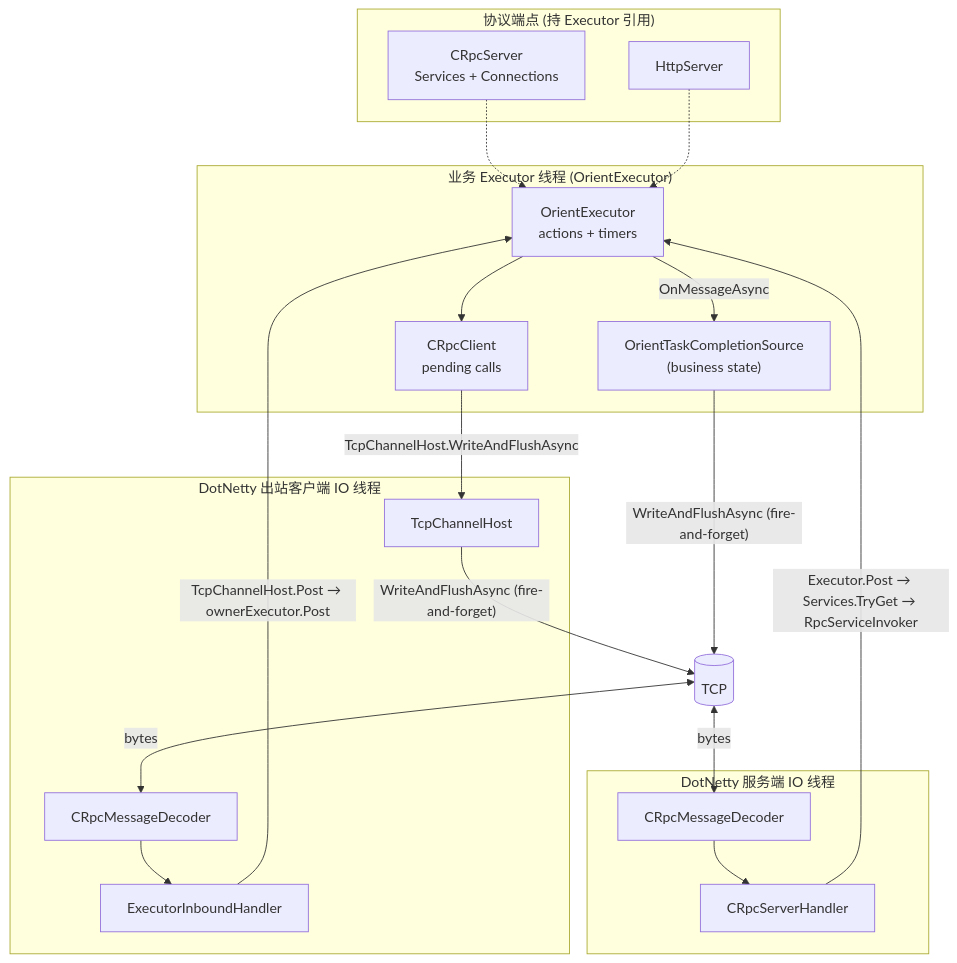
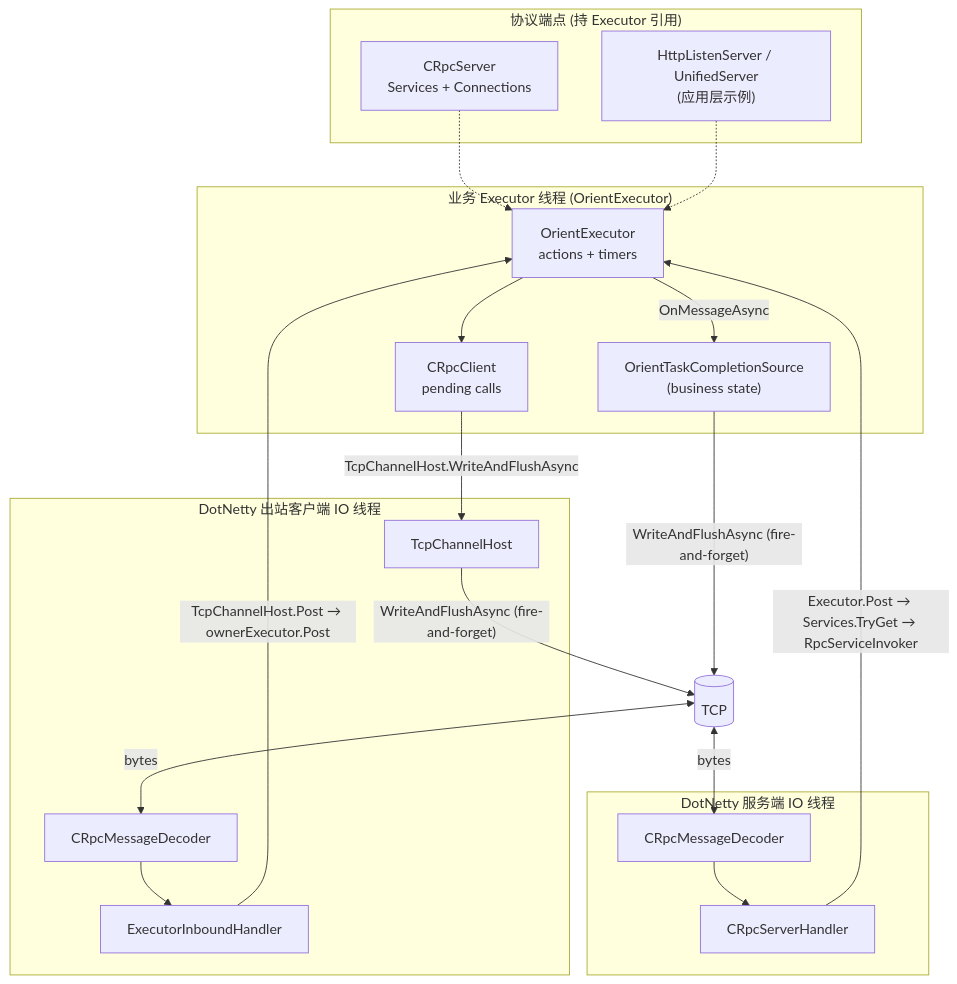
Before and after one commit to orientye/orientdotnet: the first of 5 diagrams in Doc/architecture.md, drawn with Mermaid. The commit also changed other lines of this file and 2 other files, not shown here.

````diff
--- a/Doc/architecture.md
+++ b/Doc/architecture.md
@@ -138,39 +138,39 @@
 ```mermaid
 flowchart TB
     subgraph BusinessExecutorThread["业务 Executor 线程 (OrientExecutor)"]
         Exec["OrientExecutor<br/>actions + timers"]
         Client["CRpcClient<br/>pending calls"]
         TCS["OrientTaskCompletionSource<br/>(business state)"]
     end
 
     subgraph Endpoints["协议端点 (持 Executor 引用)"]
         CrpcSrv["CRpcServer<br/>Services + Connections"]
-        HttpSrv["HttpServer"]
+        HttpSrv["HttpListenServer / UnifiedServer<br/>(应用层示例)"]
     end
 
     subgraph NettyServer["DotNetty 服务端 IO 线程"]
         SH[CRpcServerHandler]
         DecS[CRpcMessageDecoder]
     end
 
     subgraph NettyClient["DotNetty 出站客户端 IO 线程"]
         Host[TcpChannelHost]
         LIH[ExecutorInboundHandler]
         DecC[CRpcMessageDecoder]
     end
 
     Net[(TCP)]
 
     CrpcSrv -.-> Exec
     HttpSrv -.-> Exec
     Net <-- bytes --> DecS --> SH
     SH -- "Executor.Post → Services.TryGet → RpcServiceInvoker" --> Exec
     Exec -- "OnMessageAsync" --> TCS
     TCS -- "WriteAndFlushAsync (fire-and-forget)" --> Net
 
     Net <-- bytes --> DecC --> LIH
     LIH -- "TcpChannelHost.Post → ownerExecutor.Post" --> Exec
     Exec --> Client
     Client -- "TcpChannelHost.WriteAndFlushAsync" --> Host
     Host -- "WriteAndFlushAsync (fire-and-forget)" --> Net
 ```
````
